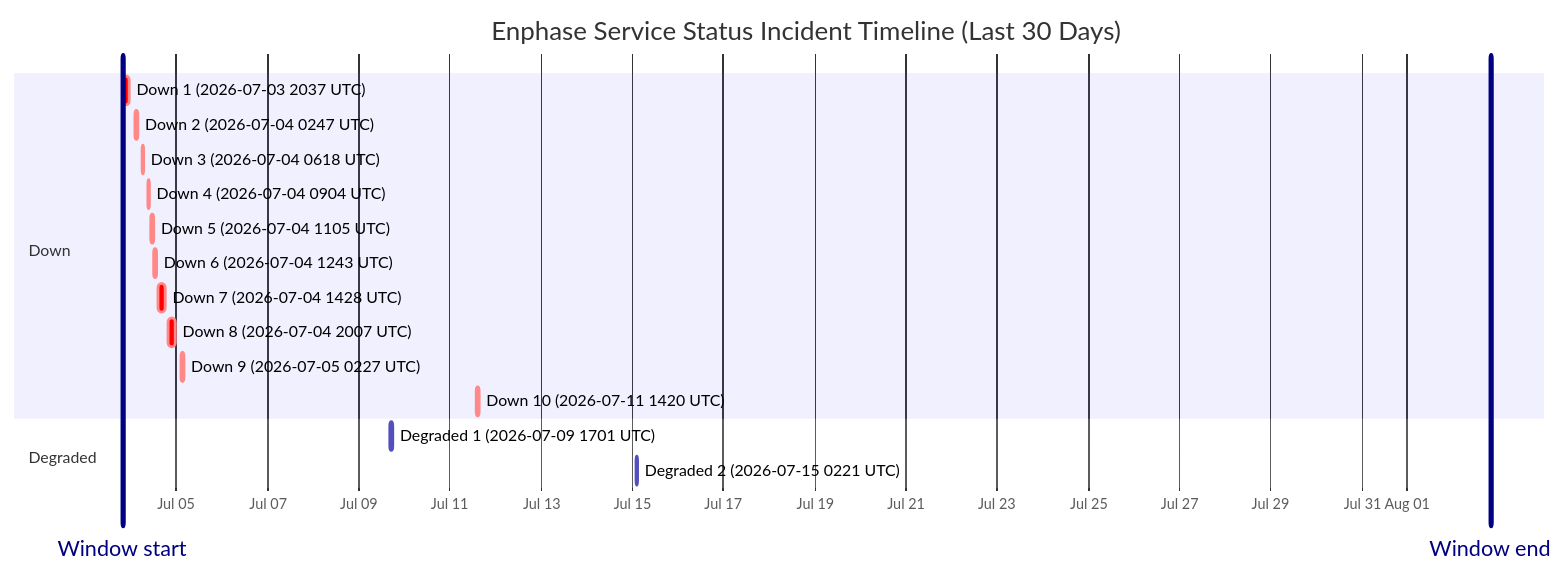
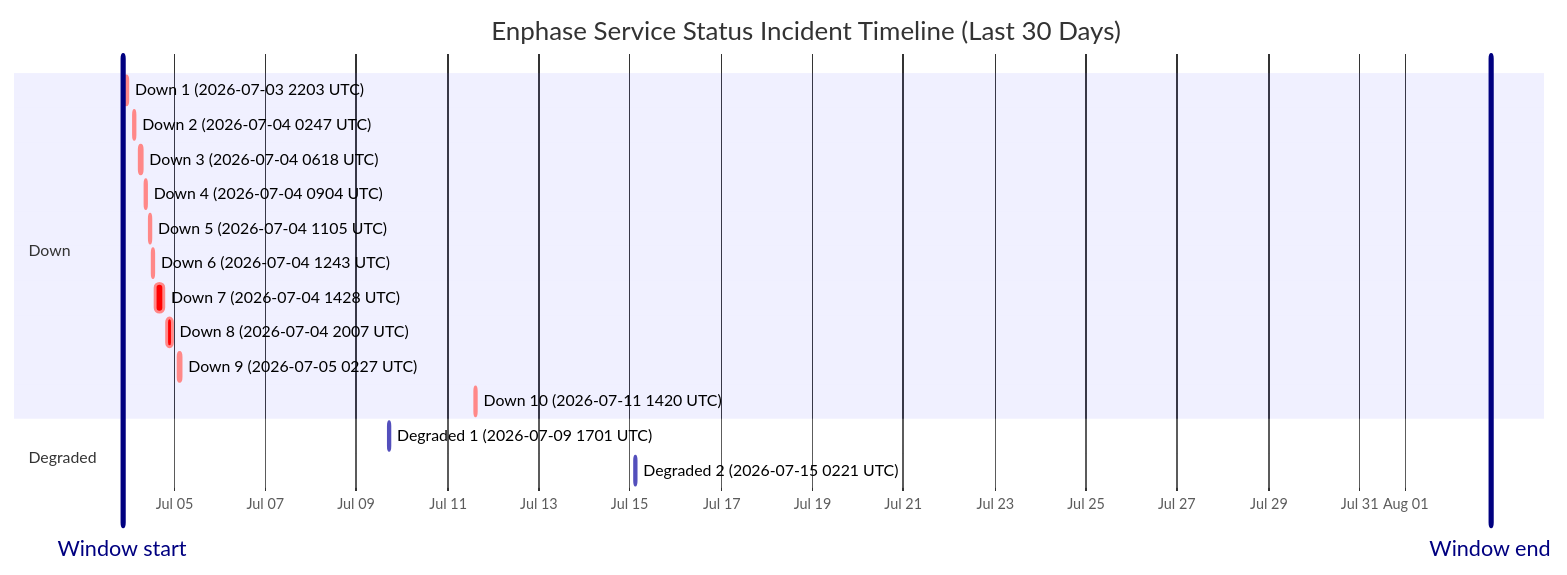
The diagram in wiki/Service-Status-History.md (barneyonline/ha-enphase-energy), drawn with Mermaid before and after one commit. The commit also changed other lines of this file and 3 other files, not shown here.

````diff
--- a/wiki/Service-Status-History.md
+++ b/wiki/Service-Status-History.md
@@ -14,22 +14,22 @@
 ```mermaid
 gantt
     title Enphase Service Status Incident Timeline (Last 30 Days)
     dateFormat  YYYY-MM-DDTHH:mm:ss
     axisFormat  %b %d
-    Window start :vert, window-start, 2026-07-03T19:44:41, 0ms
-    Window end :vert, window-end, 2026-08-02T19:44:41, 0ms
+    Window start :vert, window-start, 2026-07-03T20:53:42, 0ms
+    Window end :vert, window-end, 2026-08-02T20:53:42, 0ms
     section Down
-    Down 1 (2026-07-03 2037 UTC) :crit, down-1, 2026-07-03T20:37:29, 176m
+    Down 1 (2026-07-03 2203 UTC) :crit, down-1, 2026-07-03T22:03:17, 90m
     Down 2 (2026-07-04 0247 UTC) :crit, down-2, 2026-07-04T02:47:22, 60m
     Down 3 (2026-07-04 0618 UTC) :crit, down-3, 2026-07-04T06:18:09, 60m
     Down 4 (2026-07-04 0904 UTC) :crit, down-4, 2026-07-04T09:04:41, 60m
     Down 5 (2026-07-04 1105 UTC) :crit, down-5, 2026-07-04T11:05:21, 60m
     Down 6 (2026-07-04 1243 UTC) :crit, down-6, 2026-07-04T12:43:25, 60m
     Down 7 (2026-07-04 1428 UTC) :crit, down-7, 2026-07-04T14:28:07, 243m
     Down 8 (2026-07-04 2007 UTC) :crit, down-8, 2026-07-04T20:07:50, 206m
     Down 9 (2026-07-05 0227 UTC) :crit, down-9, 2026-07-05T02:27:32, 109m
     Down 10 (2026-07-11 1420 UTC) :crit, down-10, 2026-07-11T14:20:54, 69m
     section Degraded
     Degraded 1 (2026-07-09 1701 UTC) :active, degraded-1, 2026-07-09T17:01:02, 60m
     Degraded 2 (2026-07-15 0221 UTC) :active, degraded-2, 2026-07-15T02:21:35, 60m
 ```
````
